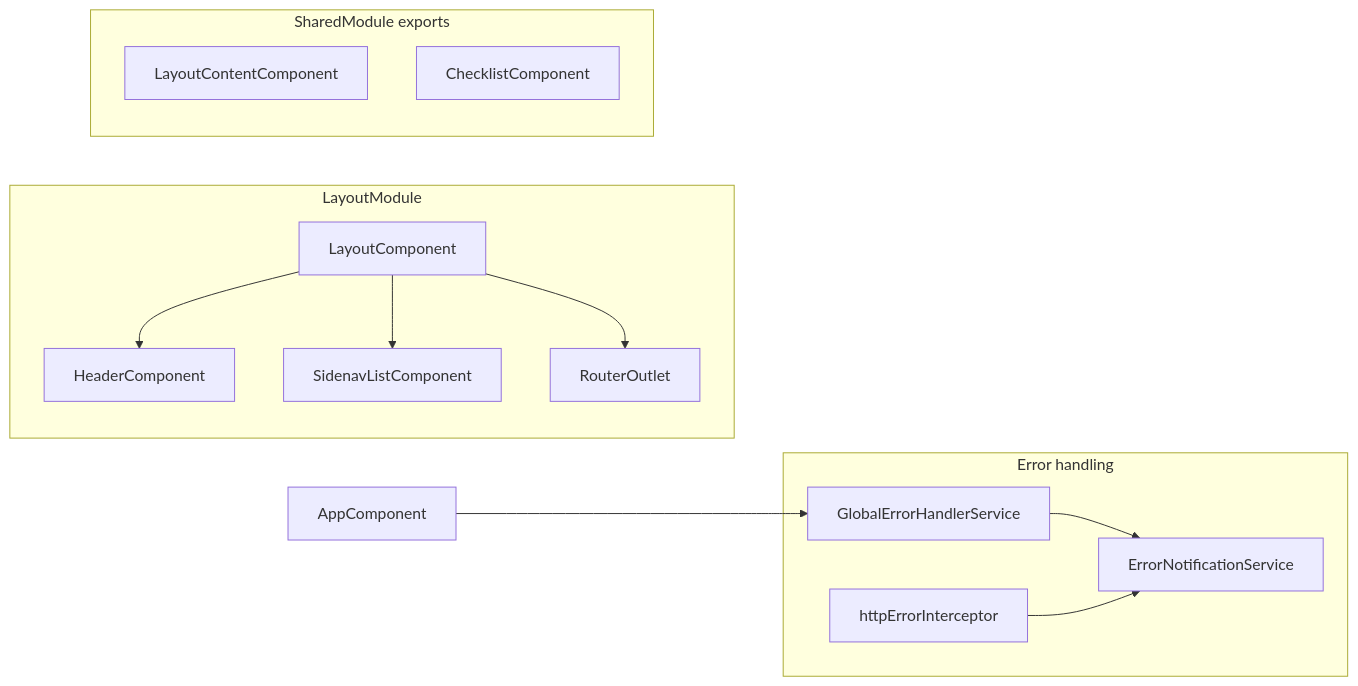
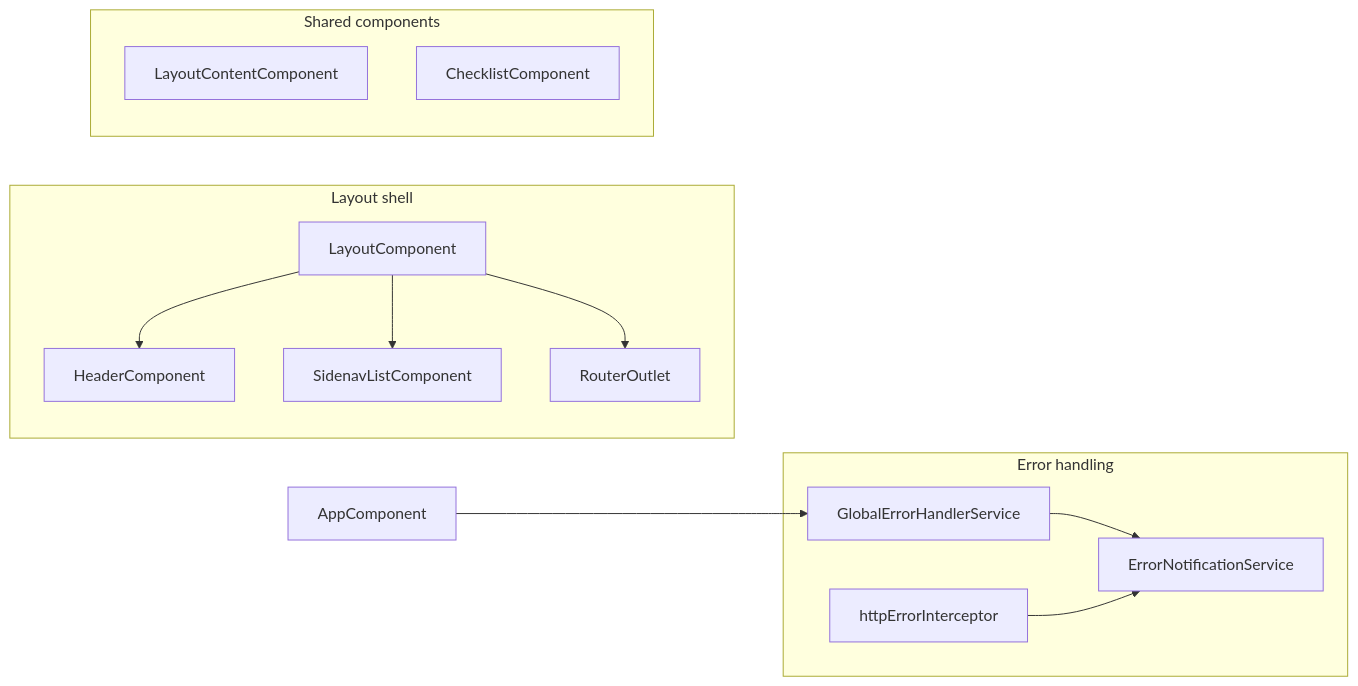
Before and after one commit to lkovari/LKovariHome: the second of 11 diagrams in README.md, drawn with Mermaid. The commit also changed other lines of this file and 27 other files, not shown here.

````diff
--- a/README.md
+++ b/README.md
@@ -77,26 +79,26 @@
 ```mermaid
 flowchart LR
-  subgraph layout["LayoutModule"]
+  subgraph layout["Layout shell"]
     LC[LayoutComponent]
     LC --> Header
     LC --> Sidenav
     LC --> RouterOutlet
   end
 
-  subgraph shared["SharedModule exports"]
+  subgraph shared["Shared components"]
     Header[HeaderComponent]
     Sidenav[SidenavListComponent]
     LContent[LayoutContentComponent]
     Checklist[ChecklistComponent]
   end
 
   subgraph errors["Error handling"]
     GEH[GlobalErrorHandlerService]
     HTTP[httpErrorInterceptor]
     ENS[ErrorNotificationService]
     GEH --> ENS
     HTTP --> ENS
   end
 
   AppComponent --> GEH
 ```
````
